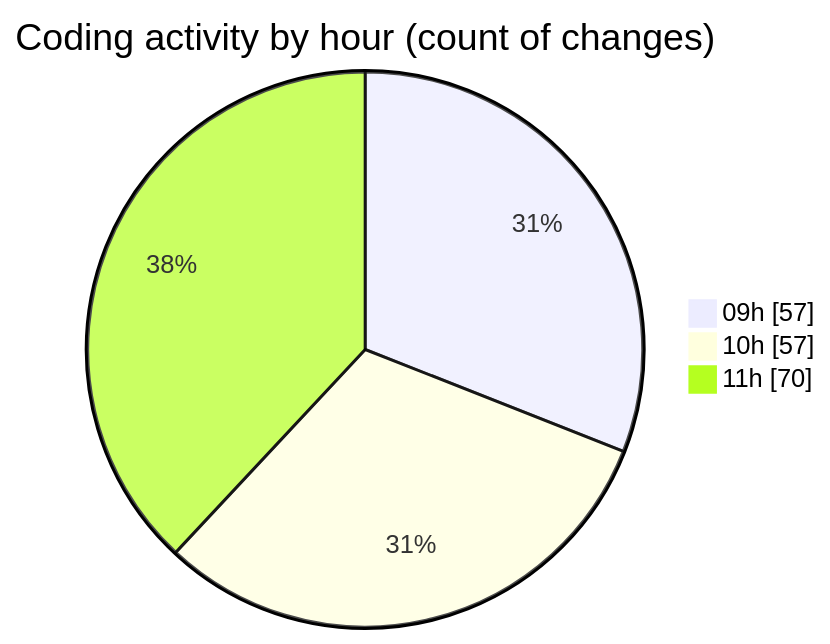
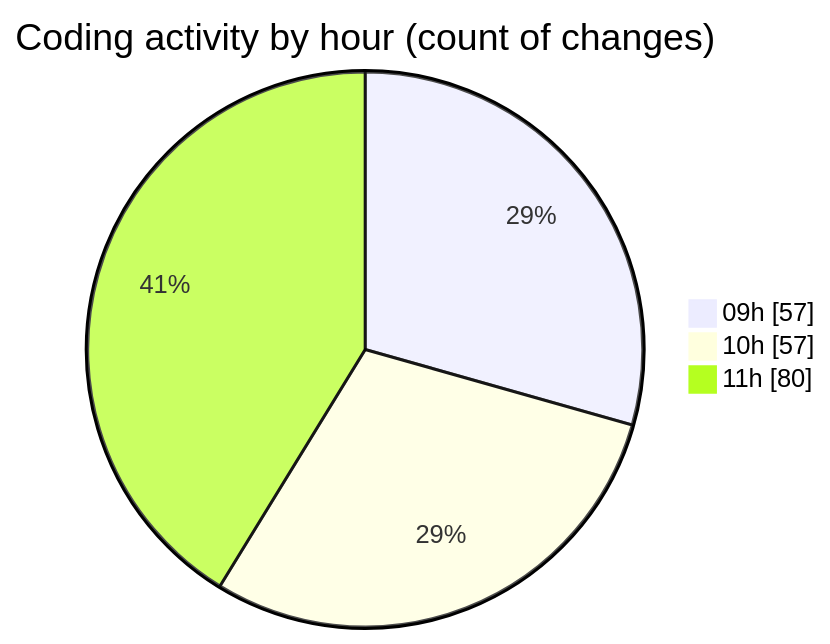
Before and after one commit to momahboobian/code-tracking: the second of 2 diagrams in 2025-09-19/cda/README.md, drawn with Mermaid. The commit also changed other lines of this file and 1 other file, not shown here.

````diff
--- a/2025-09-19/cda/README.md
+++ b/2025-09-19/cda/README.md
@@ -30,7 +30,7 @@
 ```mermaid
 pie showData
 title Coding activity by hour (count of changes)
 "09h" : 57
 "10h" : 57
-"11h" : 70
+"11h" : 80
 ```
````
